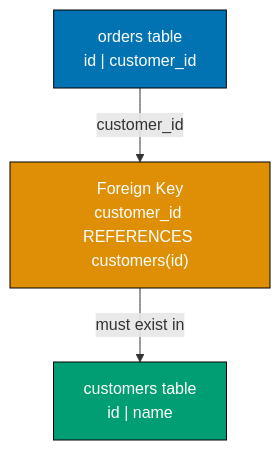
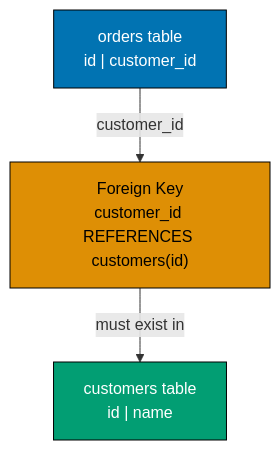
One commit to wahidyankf/open-sharia-enterprise changed the sixth of 8 diagrams in apps/ayokoding-web/content/en/learn/software-engineering/data/databases/postgresql/by-example/beginner.md. Above: the diagram before and after it, drawn with Mermaid. The commit also changed other lines of this file and 157 other files, not shown here.

````diff
--- a/apps/ayokoding-web/content/en/learn/software-engineering/data/databases/postgresql/by-example/beginner.md
+++ b/apps/ayokoding-web/content/en/learn/software-engineering/data/databases/postgresql/by-example/beginner.md
@@ -1551,14 +1559,14 @@
 ```mermaid
 %% Color Palette: Blue #0173B2, Orange #DE8F05, Teal #029E73, Purple #CC78BC, Brown #CA9161
 graph TD
     A["orders table<br/>id | customer_id"]
     B["customers table<br/>id | name"]
     C["Foreign Key<br/>customer_id REFERENCES customers(id)"]
 
     A -->|customer_id| C
     C -->|must exist in| B
 
     style A fill:#0173B2,stroke:#000,color:#fff
     style B fill:#029E73,stroke:#000,color:#fff
-    style C fill:#DE8F05,stroke:#000,color:#fff
+    style C fill:#DE8F05,stroke:#000,color:#000
 ```
````
